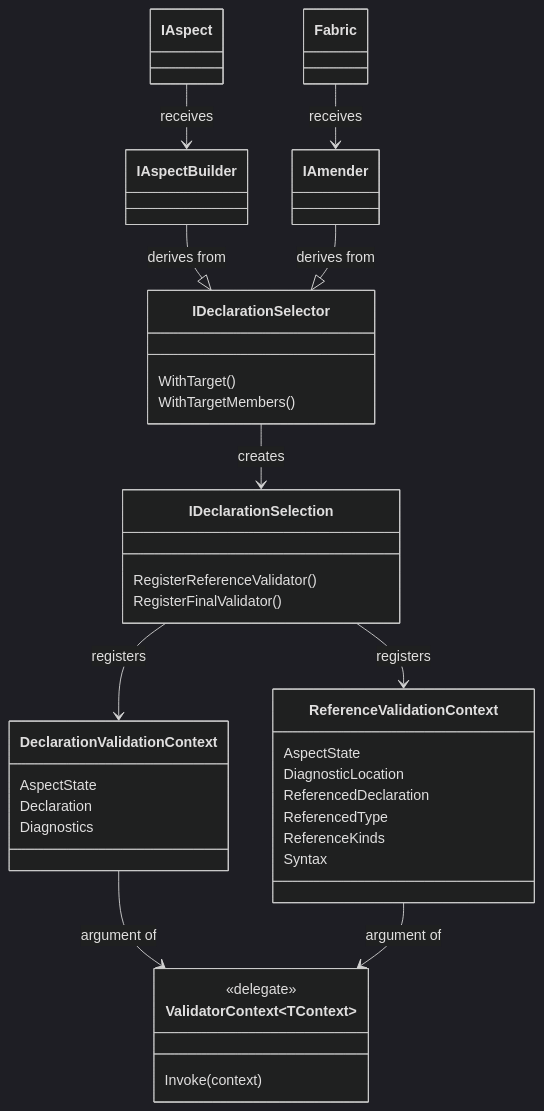
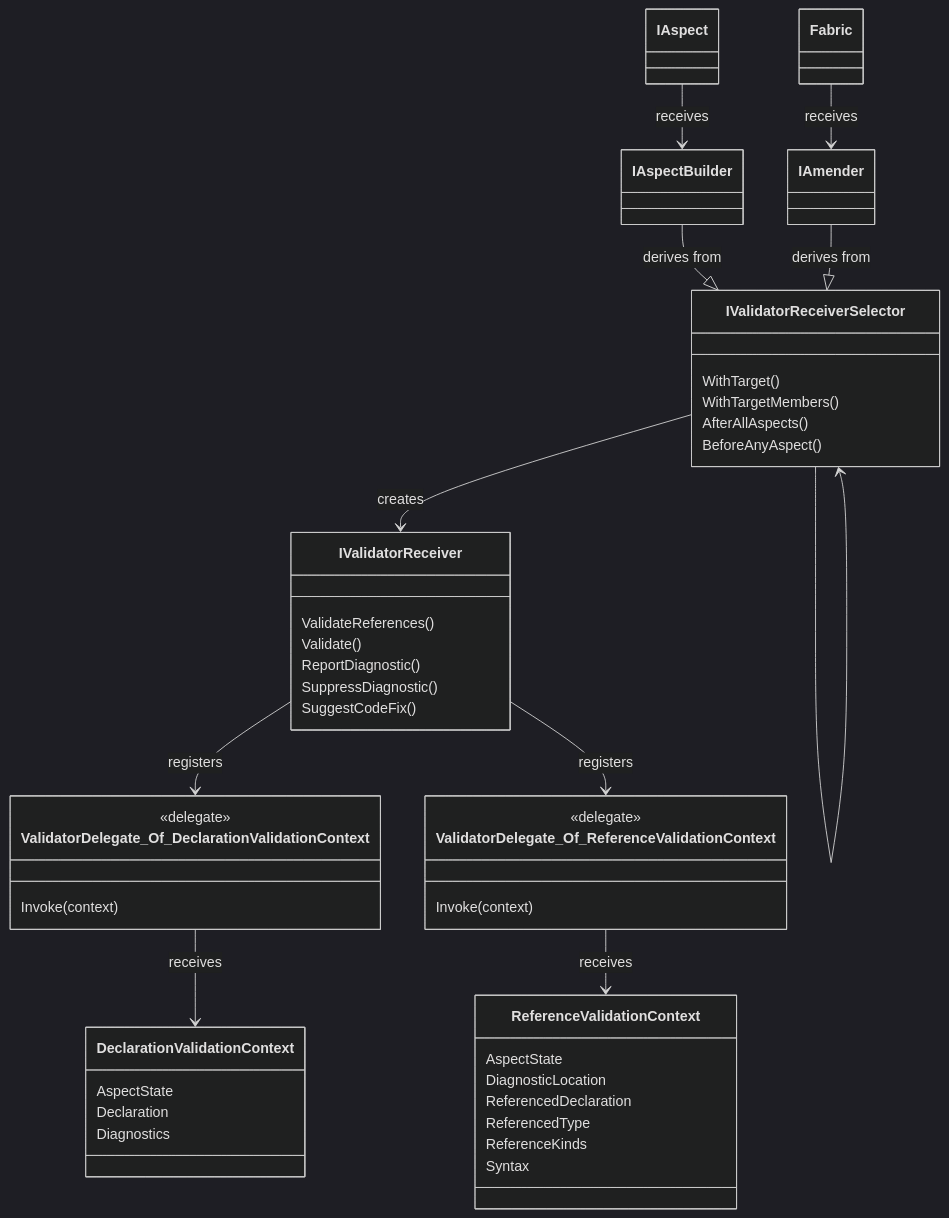
Before and after one commit to postsharp/Metalama.Documentation: the diagram in docfx/namespaces/Metalama.Framework.Validation.md, drawn with Mermaid (dark theme). The commit also changed other lines of this file and 118 other files, not shown here.

````diff
--- a/docfx/namespaces/Metalama.Framework.Validation.md
+++ b/docfx/namespaces/Metalama.Framework.Validation.md
@@ -13,47 +30,59 @@
 ```mermaid
 classDiagram
 
-    class ValidatorContext~TContext~{
+    class ValidatorDelegate_Of_DeclarationValidationContext{
+        <<delegate>>
+        Invoke(context)
+    }
+
+     class ValidatorDelegate_Of_ReferenceValidationContext{
         <<delegate>>
         Invoke(context)
     }
 
     class DeclarationValidationContext {
         AspectState
         Declaration
         Diagnostics
     }
 
     class ReferenceValidationContext {
         AspectState
         DiagnosticLocation
         ReferencedDeclaration
         ReferencedType
         ReferenceKinds
         Syntax
     }
 
-    DeclarationValidationContext --> ValidatorContext~TContext~ : argument of
-    ReferenceValidationContext --> ValidatorContext~TContext~ : argument of
-
-    class IDeclarationSelection {
-        RegisterReferenceValidator()
-        RegisterFinalValidator()
+    
+    class IValidatorReceiver {
+        ValidateReferences()
+        Validate()
+        ReportDiagnostic()
+        SuppressDiagnostic()
+        SuggestCodeFix()
     }
 
-    IDeclarationSelection --> DeclarationValidationContext : registers
-    IDeclarationSelection --> ReferenceValidationContext : registers
+    IValidatorReceiver --> ValidatorDelegate_Of_DeclarationValidationContext : registers
+    IValidatorReceiver --> ValidatorDelegate_Of_ReferenceValidationContext : registers
 
-    class IDeclarationSelector {
+ValidatorDelegate_Of_DeclarationValidationContext --> DeclarationValidationContext  : receives
+    ValidatorDelegate_Of_ReferenceValidationContext --> ReferenceValidationContext : receives
+
+    class IValidatorReceiverSelector {
         WithTarget()
         WithTargetMembers()
+        AfterAllAspects()
+        BeforeAnyAspect()
     }
 
-    IDeclarationSelector --> IDeclarationSelection : creates
+    IValidatorReceiverSelector --> IValidatorReceiver : creates
+    IValidatorReceiverSelector --> IValidatorReceiverSelector
 
-    IAspectBuilder --|> IDeclarationSelector : derives from
-    IAmender --|> IDeclarationSelector : derives from
+    IAspectBuilder --|> IValidatorReceiverSelector : derives from
+    IAmender --|> IValidatorReceiverSelector : derives from
     IAspect --> IAspectBuilder : receives
     Fabric --> IAmender : receives
 
 ```
````
